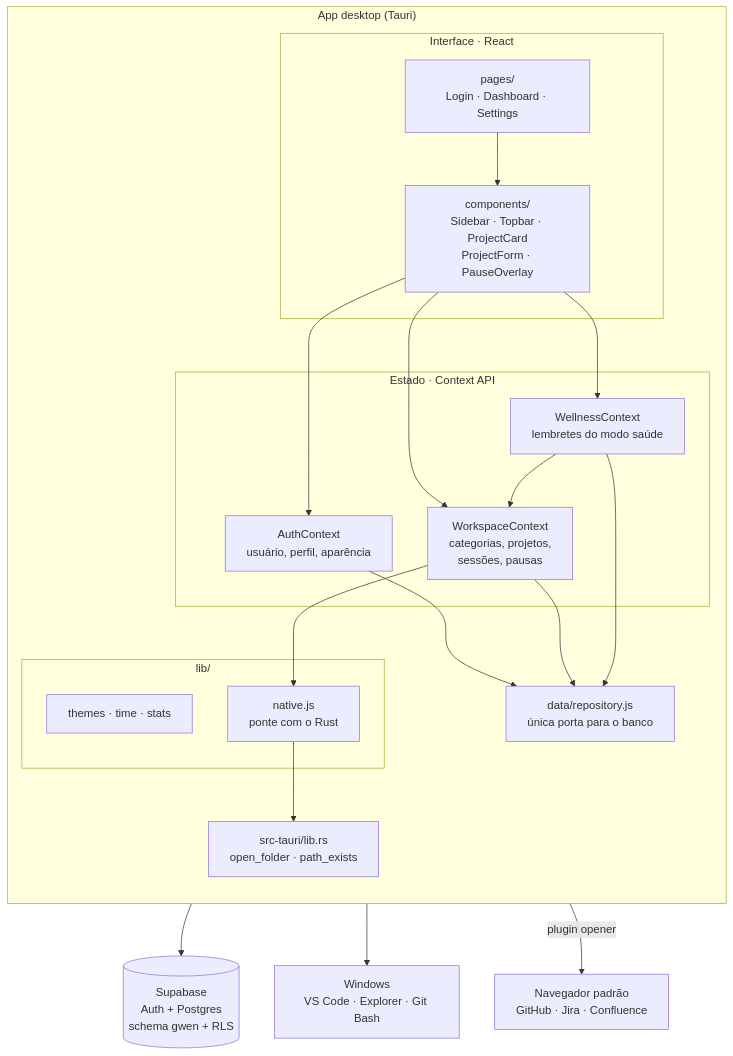
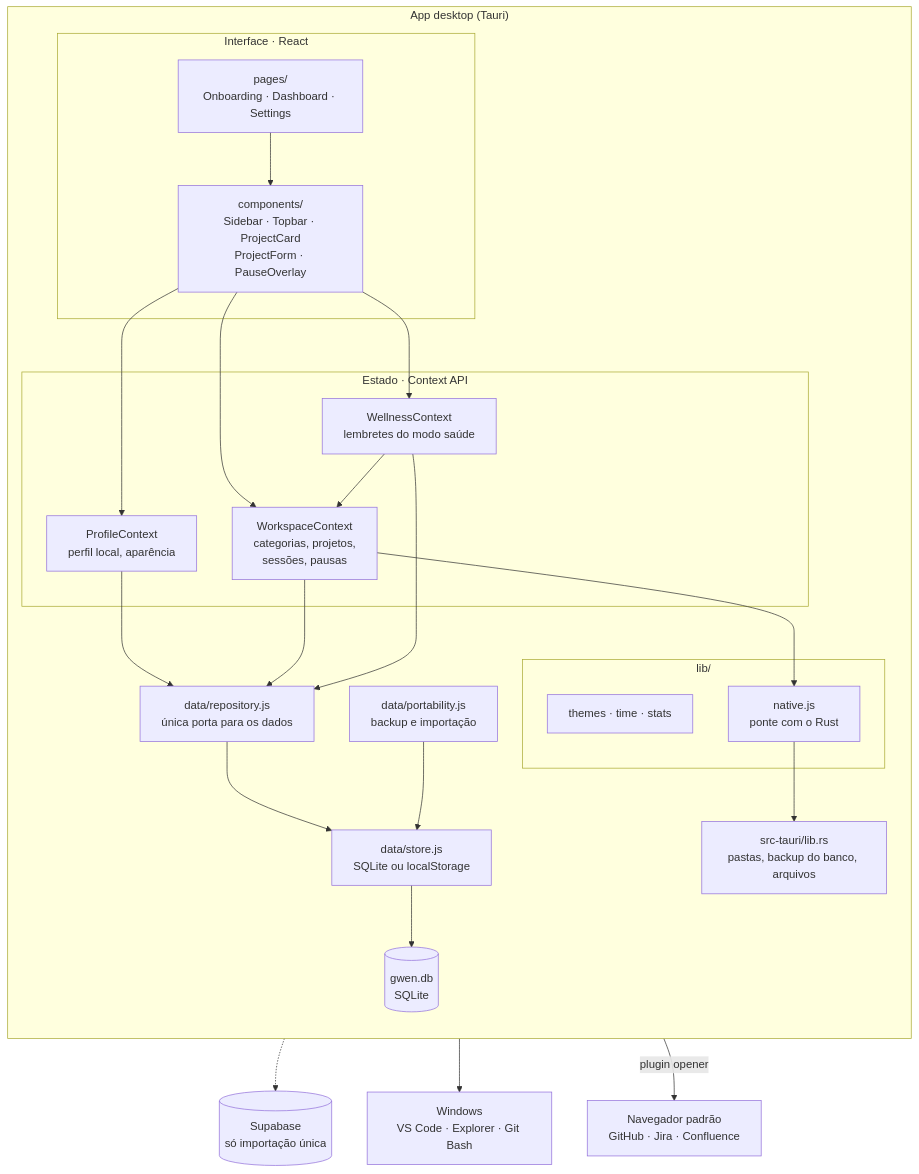
Before and after one commit to SamaraSilvia81/gwen-app: the first of 4 diagrams in docs/ARQ-001-visao-geral.md, drawn with Mermaid. The commit also changed other lines of this file and 47 other files, not shown here.

First line of the commit message:
feat: switch to local-first SQLite storage with profile photo

````diff
--- a/docs/ARQ-001-visao-geral.md
+++ b/docs/ARQ-001-visao-geral.md
@@ -41,34 +41,39 @@
 ```mermaid
 flowchart TB
   subgraph Desktop["App desktop (Tauri)"]
     direction TB
     subgraph UI["Interface · React"]
-      P["pages/<br/>Login · Dashboard · Settings"]
+      P["pages/<br/>Onboarding · Dashboard · Settings"]
       C["components/<br/>Sidebar · Topbar · ProjectCard<br/>ProjectForm · PauseOverlay"]
     end
     subgraph Estado["Estado · Context API"]
-      A["AuthContext<br/>usuário, perfil, aparência"]
+      A["ProfileContext<br/>perfil local, aparência"]
       W["WorkspaceContext<br/>categorias, projetos,<br/>sessões, pausas"]
       H["WellnessContext<br/>lembretes do modo saúde"]
     end
     subgraph Lib["lib/"]
       T["themes · time · stats"]
       N["native.js<br/>ponte com o Rust"]
     end
-    R["data/repository.js<br/>única porta para o banco"]
-    RS["src-tauri/lib.rs<br/>open_folder · path_exists"]
+    R["data/repository.js<br/>única porta para os dados"]
+    ST["data/store.js<br/>SQLite ou localStorage"]
+    PT["data/portability.js<br/>backup e importação"]
+    RS["src-tauri/lib.rs<br/>pastas, backup do banco, arquivos"]
+    DB[("gwen.db<br/>SQLite")]
   end
 
-  SB[("Supabase<br/>Auth + Postgres<br/>schema gwen + RLS")]
+  SB[("Supabase<br/>só importação única")]
   OS["Windows<br/>VS Code · Explorer · Git Bash"]
   WEB["Navegador padrão<br/>GitHub · Jira · Confluence"]
 
   P --> C
   C --> A & W & H
   H --> W
   A & W & H --> R
   W --> N
-  R --> SB
+  R --> ST --> DB
+  PT --> ST
+  PT -.-> SB
   N --> RS --> OS
   N -- "plugin opener" --> WEB
 ```
````
